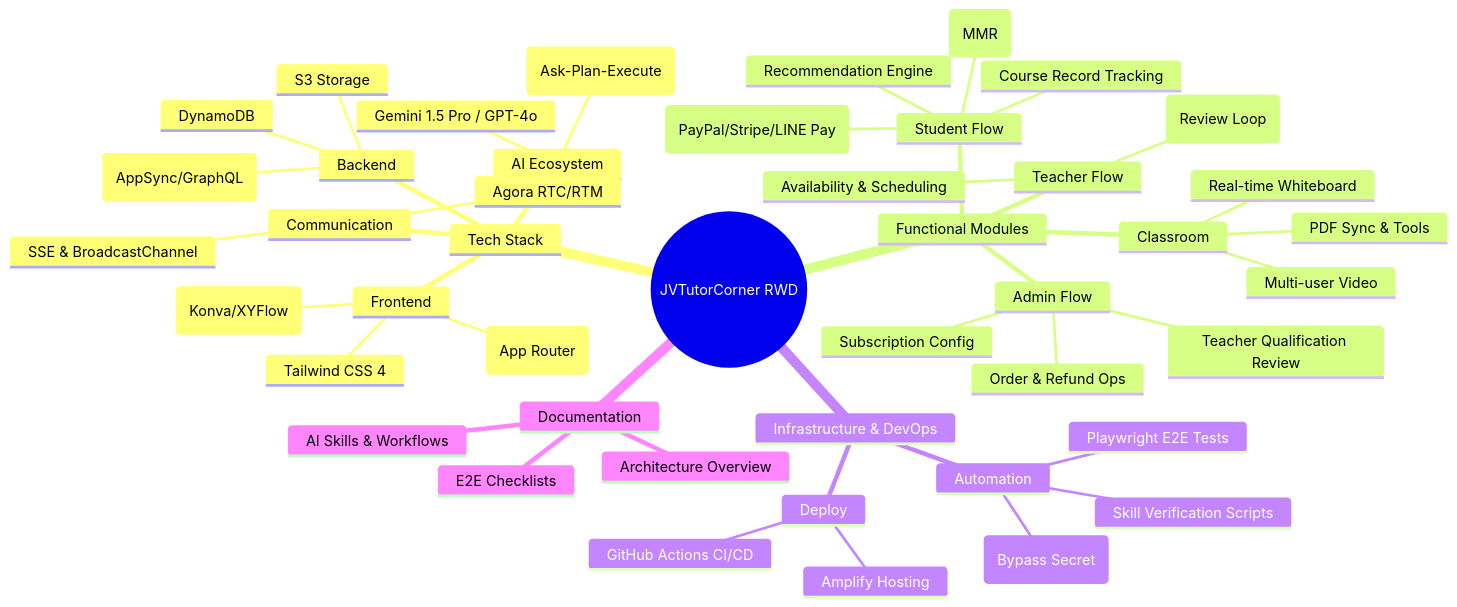
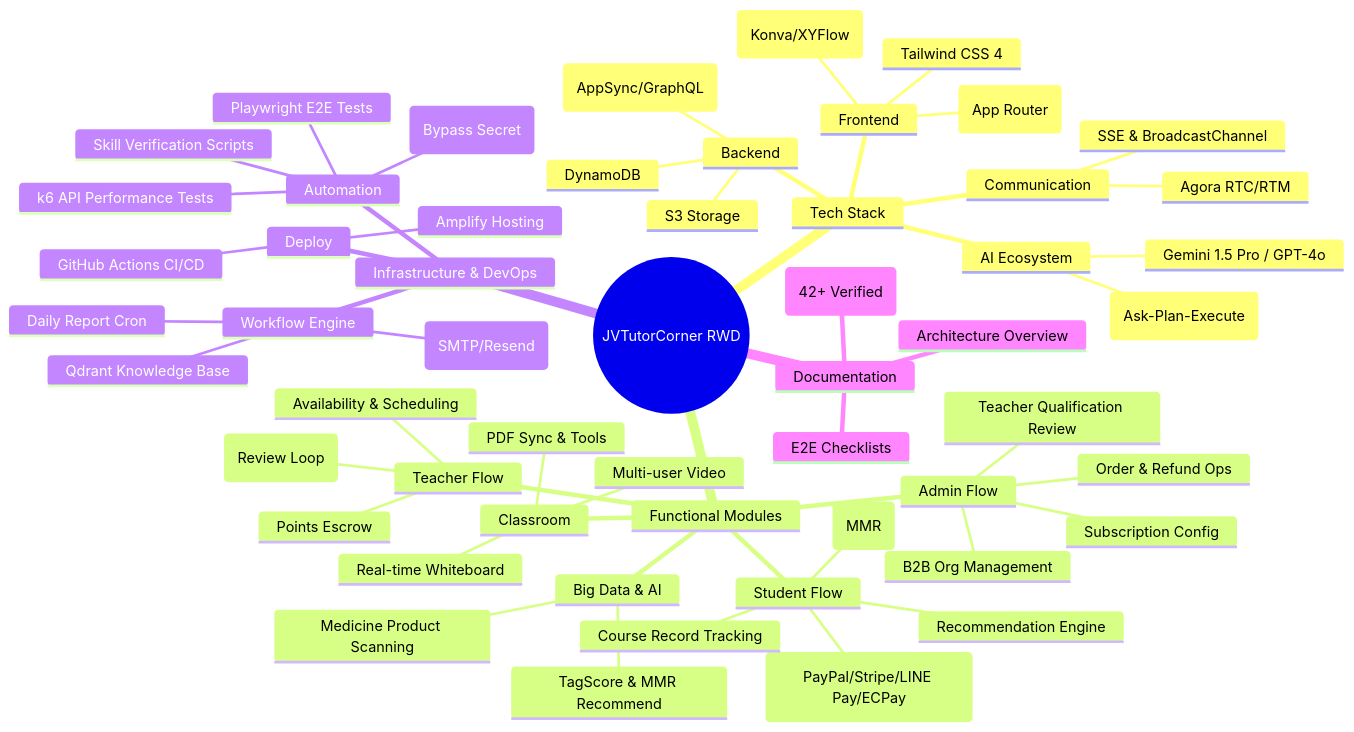
Before and after one commit to jvtutorcorner-sketch/jvtutorcorner-rwd: the diagram in docs/Project_Architecture_Mindmap.md, drawn with Mermaid. The commit also changed other lines of this file and 51 other files, not shown here.

Commit message:
docs: update skills, agent workflows, and architectural guides

````diff
--- a/docs/Project_Architecture_Mindmap.md
+++ b/docs/Project_Architecture_Mindmap.md
@@ -5,48 +5,58 @@
 ```mermaid
 mindmap
   root((JVTutorCorner RWD))
     Tech Stack
       Frontend
         Next.js 16 (App Router)
         Tailwind CSS 4
         Visual (Konva/XYFlow)
       Backend
         AWS Amplify (AppSync/GraphQL)
         DynamoDB
         S3 Storage
       AI Ecosystem
         Gemini 1.5 Pro / GPT-4o
         3-Agent Loop (Ask-Plan-Execute)
       Communication
         Agora RTC/RTM
         SSE & BroadcastChannel
     Functional Modules
       Student Flow
         Onboarding Survey (MMR)
         Recommendation Engine
-        Pricing & Points (PayPal/Stripe/LINE Pay)
+        Pricing & Points (PayPal/Stripe/LINE Pay/ECPay)
         Course Record Tracking
       Teacher Flow
         Course Management (Review Loop)
         Availability & Scheduling
+        Points Escrow
       Admin Flow
         Order & Refund Ops
         Teacher Qualification Review
         Subscription Config
+        B2B Org Management
       Classroom
         Multi-user Video
         Real-time Whiteboard
         PDF Sync & Tools
+      Big Data & AI
+        Medicine Product Scanning
+        TagScore & MMR Recommend
     Infrastructure & DevOps
       Automation
         Playwright E2E Tests
+        k6 API Performance Tests
         Auto-Login (Bypass Secret)
         Skill Verification Scripts
       Deploy
         Amplify Hosting
         GitHub Actions CI/CD
+      Workflow Engine
+        Email Service (SMTP/Resend)
+        Qdrant Knowledge Base
+        Daily Report Cron
     Documentation
       Architecture Overview
-      AI Skills & Workflows
+      AI Skills (42+ Verified)
       E2E Checklists
 ```
````
